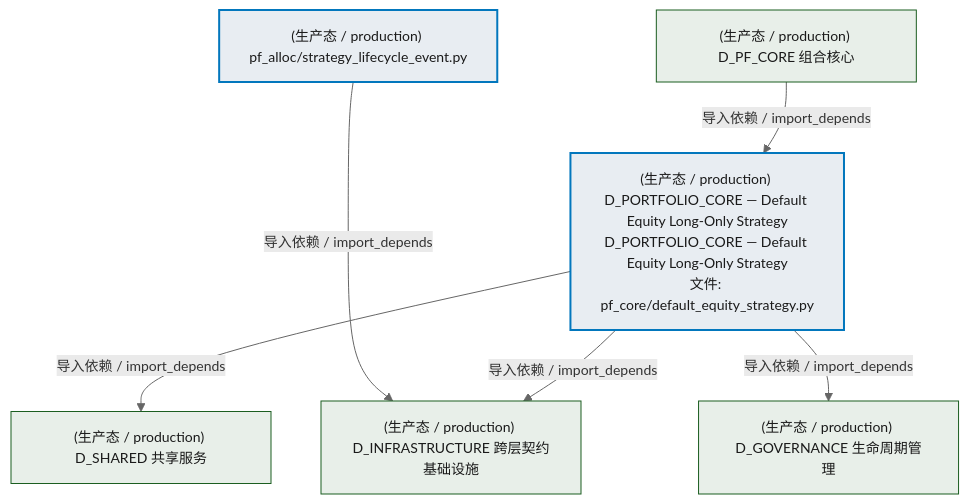
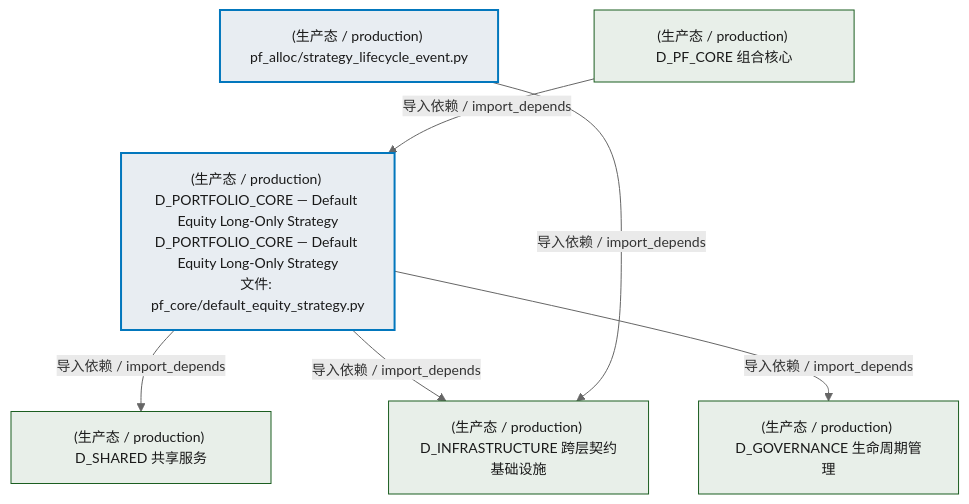
Before and after one commit to xuanFelixVan/ZephyrAlpha: the second of 3 diagrams in docs/02_enterprise_architecture/02_domain_architecture_docs/62_d_pf_alloc.md, drawn with Mermaid. The commit also changed other lines of this file and 41 other files, not shown here.

````diff
--- a/docs/02_enterprise_architecture/02_domain_architecture_docs/62_d_pf_alloc.md
+++ b/docs/02_enterprise_architecture/02_domain_architecture_docs/62_d_pf_alloc.md
@@ -96,22 +96,22 @@
 ```mermaid
 %%{init: {'theme': 'base', 'themeVariables': {'primaryColor': '#eaeaea', 'primaryTextColor': '#333333', 'primaryBorderColor': '#666666', 'lineColor': '#666666', 'secondaryColor': '#eaeaea', 'tertiaryColor': '#eaeaea', 'fontSize': '14px'}}}%%
 flowchart TD
     src_zephyr_pf_alloc_strategy_lifecycle_event_py["(生产态 / production) pf_alloc/strategy_lifecycle_event.py"]
     src_zephyr_pf_core_default_equity_strategy_py["(生产态 / production) D_PORTFOLIO_CORE — Default Equity Long-Only Strategy<br/>D_PORTFOLIO_CORE — Default Equity Long-Only Strategy<br/>文件: pf_core/default_equity_strategy.py"]
     src_zephyr_pf_alloc_strategy_lifecycle_event_py ~~~ src_zephyr_pf_core_default_equity_strategy_py
-    D_INFRASTRUCTURE["(生产态 / production) D_INFRASTRUCTURE 跨层契约基础设施"]
-    src_zephyr_pf_alloc_strategy_lifecycle_event_py -->|导入依赖 / import_depends| D_INFRASTRUCTURE
     D_SHARED["(生产态 / production) D_SHARED 共享服务"]
     src_zephyr_pf_core_default_equity_strategy_py -->|导入依赖 / import_depends| D_SHARED
+    D_INFRASTRUCTURE["(生产态 / production) D_INFRASTRUCTURE 跨层契约基础设施"]
     src_zephyr_pf_core_default_equity_strategy_py -->|导入依赖 / import_depends| D_INFRASTRUCTURE
     D_GOVERNANCE["(生产态 / production) D_GOVERNANCE 生命周期管理"]
     src_zephyr_pf_core_default_equity_strategy_py -->|导入依赖 / import_depends| D_GOVERNANCE
+    src_zephyr_pf_alloc_strategy_lifecycle_event_py -->|导入依赖 / import_depends| D_INFRASTRUCTURE
     D_PF_CORE["(生产态 / production) D_PF_CORE 组合核心"]
     D_PF_CORE -->|导入依赖 / import_depends| src_zephyr_pf_core_default_equity_strategy_py
     classDef production fill:#e8edf2,stroke:#0277bd,stroke-width:2px,color:#1a1a1a
     classDef design fill:#f0ebe3,stroke:#bf360c,stroke-width:2px,color:#1a1a1a,stroke-dasharray: 5 5
     classDef external_prod fill:#e8efe9,stroke:#1b5e20,stroke-width:1px,color:#1a1a1a
     classDef external_design fill:#efe5ea,stroke:#880e4f,stroke-width:1px,color:#1a1a1a,stroke-dasharray: 5 5
     class src_zephyr_pf_alloc_strategy_lifecycle_event_py,src_zephyr_pf_core_default_equity_strategy_py production
-    class D_INFRASTRUCTURE,D_SHARED,D_GOVERNANCE,D_PF_CORE external_prod
+    class D_SHARED,D_INFRASTRUCTURE,D_GOVERNANCE,D_PF_CORE external_prod
 ```
````
